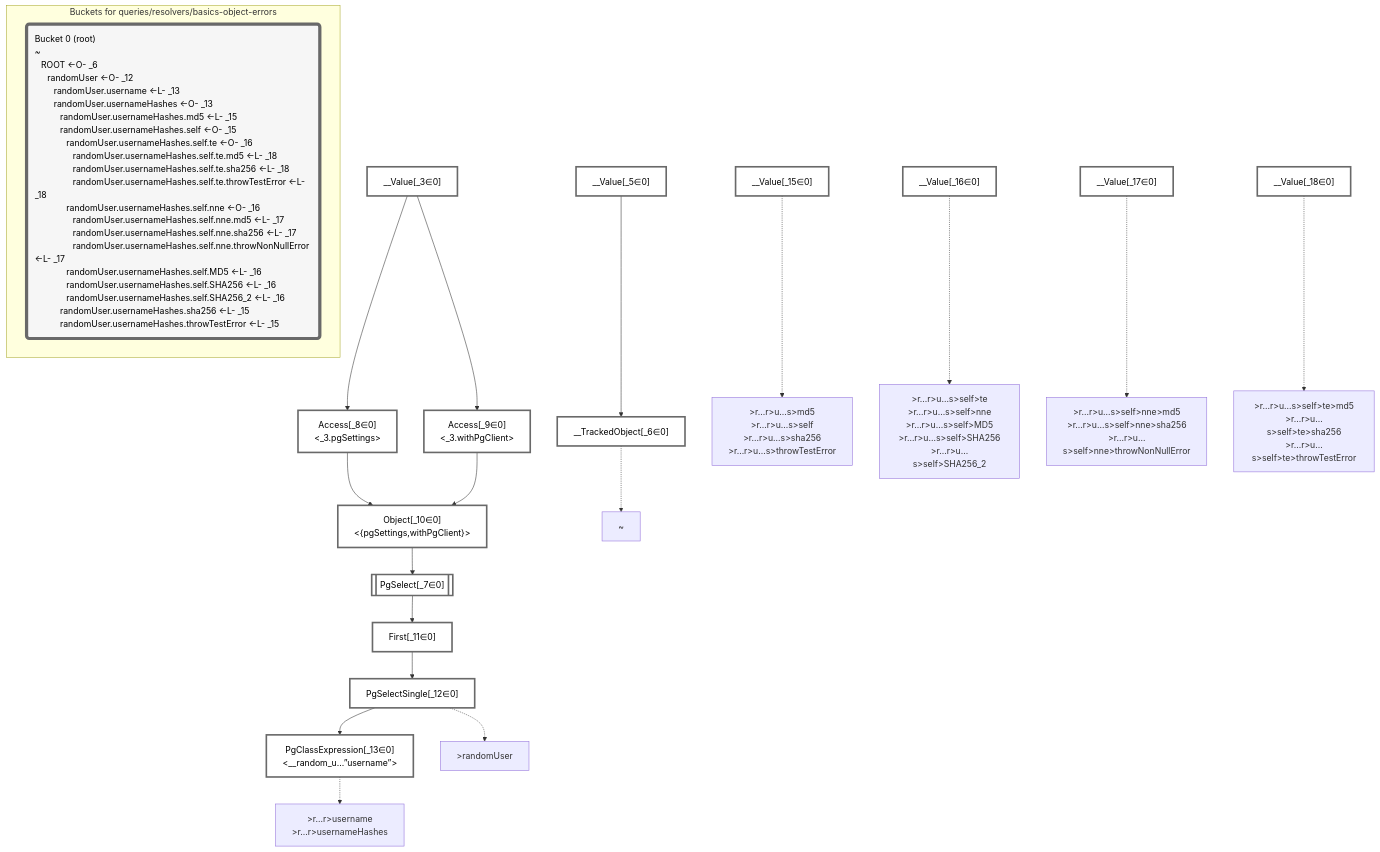
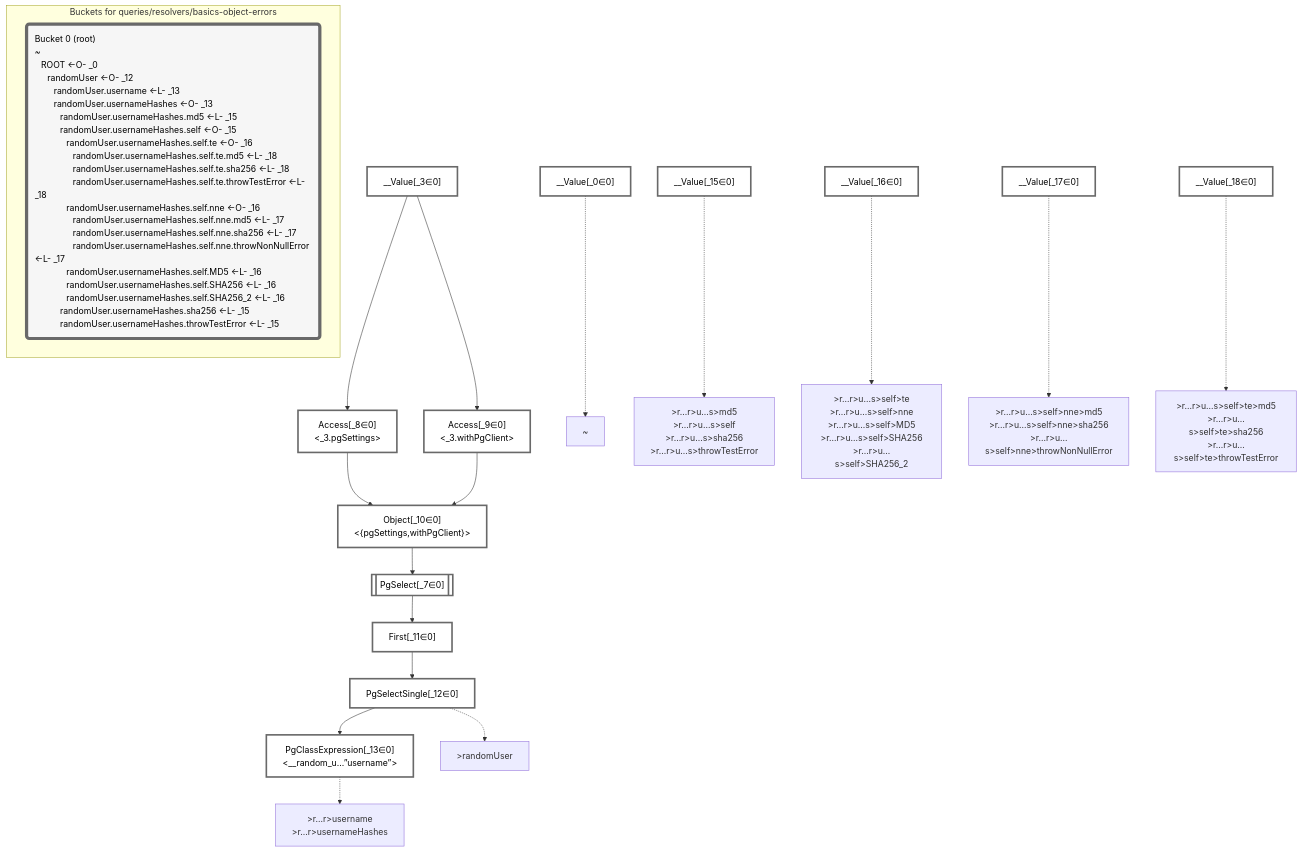
Before and after one commit to graphile/crystal: the diagram in packages/dataplan-pg/__tests__/queries/resolvers/basics-object-errors.mermaid.md, drawn with Mermaid. The commit also changed 193 other files, not shown here.

Commit message:
Update test plan snapshots with new root plan

````diff
--- a/packages/dataplan-pg/__tests__/queries/resolvers/basics-object-errors.mermaid.md
+++ b/packages/dataplan-pg/__tests__/queries/resolvers/basics-object-errors.mermaid.md
@@ -1,61 +1,59 @@
 ```mermaid
 graph TD
     classDef path fill:#eee,stroke:#000,color:#000
     classDef plan fill:#fff,stroke-width:3px,color:#000
     classDef itemplan fill:#fff,stroke-width:6px,color:#000
     classDef sideeffectplan fill:#f00,stroke-width:6px,color:#000
     classDef bucket fill:#f6f6f6,color:#000,stroke-width:6px,text-align:left
 
 
     %% define plans
+    __Value_0["__Value[_0∈0]"]:::plan
     __Value_3["__Value[_3∈0]<br /><context>"]:::plan
-    __Value_5["__Value[_5∈0]<br /><rootValue>"]:::plan
-    __TrackedObject_6["__TrackedObject[_6∈0]"]:::plan
     PgSelect_7[["PgSelect[_7∈0]<br /><random_user>"]]:::plan
     Access_8["Access[_8∈0]<br /><_3.pgSettings>"]:::plan
     Access_9["Access[_9∈0]<br /><_3.withPgClient>"]:::plan
     Object_10["Object[_10∈0]<br /><{pgSettings,withPgClient}>"]:::plan
     First_11["First[_11∈0]"]:::plan
     PgSelectSingle_12["PgSelectSingle[_12∈0]<br /><users>"]:::plan
     PgClassExpression_13["PgClassExpression[_13∈0]<br /><__random_u...”username”>"]:::plan
     __Value_15["__Value[_15∈0]"]:::plan
     __Value_16["__Value[_16∈0]"]:::plan
     __Value_17["__Value[_17∈0]"]:::plan
     __Value_18["__Value[_18∈0]"]:::plan
 
     %% plan dependencies
-    __Value_5 --> __TrackedObject_6
     Object_10 --> PgSelect_7
     __Value_3 --> Access_8
     __Value_3 --> Access_9
     Access_8 --> Object_10
     Access_9 --> Object_10
     PgSelect_7 --> First_11
     First_11 --> PgSelectSingle_12
     PgSelectSingle_12 --> PgClassExpression_13
 
     %% plan-to-path relationships
-    P_6["~"]
-    __TrackedObject_6 -.-> P_6
+    P_0["~"]
+    __Value_0 -.-> P_0
     P_12[">randomUser"]
     PgSelectSingle_12 -.-> P_12
     P_13[">r…r>username<br />>r…r>usernameHashes"]
     PgClassExpression_13 -.-> P_13
     P_15[">r…r>u…s>md5<br />>r…r>u…s>self<br />>r…r>u…s>sha256<br />>r…r>u…s>throwTestError"]
     __Value_15 -.-> P_15
     P_16[">r…r>u…s>self>te<br />>r…r>u…s>self>nne<br />>r…r>u…s>self>MD5<br />>r…r>u…s>self>SHA256<br />>r…r>u…s>self>SHA256_2"]
     __Value_16 -.-> P_16
     P_17[">r…r>u…s>self>nne>md5<br />>r…r>u…s>self>nne>sha256<br />>r…r>u…s>self>nne>throwNonNullError"]
     __Value_17 -.-> P_17
     P_18[">r…r>u…s>self>te>md5<br />>r…r>u…s>self>te>sha256<br />>r…r>u…s>self>te>throwTestError"]
     __Value_18 -.-> P_18
 
     %% allocate buckets
     classDef bucket0 stroke:#696969
-    class __Value_3,__Value_5,__TrackedObject_6,PgSelect_7,Access_8,Access_9,Object_10,First_11,PgSelectSingle_12,PgClassExpression_13,__Value_15,__Value_16,__Value_17,__Value_18 bucket0
+    class __Value_0,__Value_3,PgSelect_7,Access_8,Access_9,Object_10,First_11,PgSelectSingle_12,PgClassExpression_13,__Value_15,__Value_16,__Value_17,__Value_18 bucket0
 
     subgraph "Buckets for queries/resolvers/basics-object-errors"
-    Bucket0("Bucket 0 (root)<br />~<br />⠀ROOT <-O- _6<br />⠀⠀randomUser <-O- _12<br />⠀⠀⠀randomUser.username <-L- _13<br />⠀⠀⠀randomUser.usernameHashes <-O- _13<br />⠀⠀⠀⠀randomUser.usernameHashes.md5 <-L- _15<br />⠀⠀⠀⠀randomUser.usernameHashes.self <-O- _15<br />⠀⠀⠀⠀⠀randomUser.usernameHashes.self.te <-O- _16<br />⠀⠀⠀⠀⠀⠀randomUser.usernameHashes.self.te.md5 <-L- _18<br />⠀⠀⠀⠀⠀⠀randomUser.usernameHashes.self.te.sha256 <-L- _18<br />⠀⠀⠀⠀⠀⠀randomUser.usernameHashes.self.te.throwTestError <-L- _18<br />⠀⠀⠀⠀⠀randomUser.usernameHashes.self.nne <-O- _16<br />⠀⠀⠀⠀⠀⠀randomUser.usernameHashes.self.nne.md5 <-L- _17<br />⠀⠀⠀⠀⠀⠀randomUser.usernameHashes.self.nne.sha256 <-L- _17<br />⠀⠀⠀⠀⠀⠀randomUser.usernameHashes.self.nne.throwNonNullError <-L- _17<br />⠀⠀⠀⠀⠀randomUser.usernameHashes.self.MD5 <-L- _16<br />⠀⠀⠀⠀⠀randomUser.usernameHashes.self.SHA256 <-L- _16<br />⠀⠀⠀⠀⠀randomUser.usernameHashes.self.SHA256_2 <-L- _16<br />⠀⠀⠀⠀randomUser.usernameHashes.sha256 <-L- _15<br />⠀⠀⠀⠀randomUser.usernameHashes.throwTestError <-L- _15"):::bucket
+    Bucket0("Bucket 0 (root)<br />~<br />⠀ROOT <-O- _0<br />⠀⠀randomUser <-O- _12<br />⠀⠀⠀randomUser.username <-L- _13<br />⠀⠀⠀randomUser.usernameHashes <-O- _13<br />⠀⠀⠀⠀randomUser.usernameHashes.md5 <-L- _15<br />⠀⠀⠀⠀randomUser.usernameHashes.self <-O- _15<br />⠀⠀⠀⠀⠀randomUser.usernameHashes.self.te <-O- _16<br />⠀⠀⠀⠀⠀⠀randomUser.usernameHashes.self.te.md5 <-L- _18<br />⠀⠀⠀⠀⠀⠀randomUser.usernameHashes.self.te.sha256 <-L- _18<br />⠀⠀⠀⠀⠀⠀randomUser.usernameHashes.self.te.throwTestError <-L- _18<br />⠀⠀⠀⠀⠀randomUser.usernameHashes.self.nne <-O- _16<br />⠀⠀⠀⠀⠀⠀randomUser.usernameHashes.self.nne.md5 <-L- _17<br />⠀⠀⠀⠀⠀⠀randomUser.usernameHashes.self.nne.sha256 <-L- _17<br />⠀⠀⠀⠀⠀⠀randomUser.usernameHashes.self.nne.throwNonNullError <-L- _17<br />⠀⠀⠀⠀⠀randomUser.usernameHashes.self.MD5 <-L- _16<br />⠀⠀⠀⠀⠀randomUser.usernameHashes.self.SHA256 <-L- _16<br />⠀⠀⠀⠀⠀randomUser.usernameHashes.self.SHA256_2 <-L- _16<br />⠀⠀⠀⠀randomUser.usernameHashes.sha256 <-L- _15<br />⠀⠀⠀⠀randomUser.usernameHashes.throwTestError <-L- _15"):::bucket
     style Bucket0 stroke:#696969
     end
 ```
````
